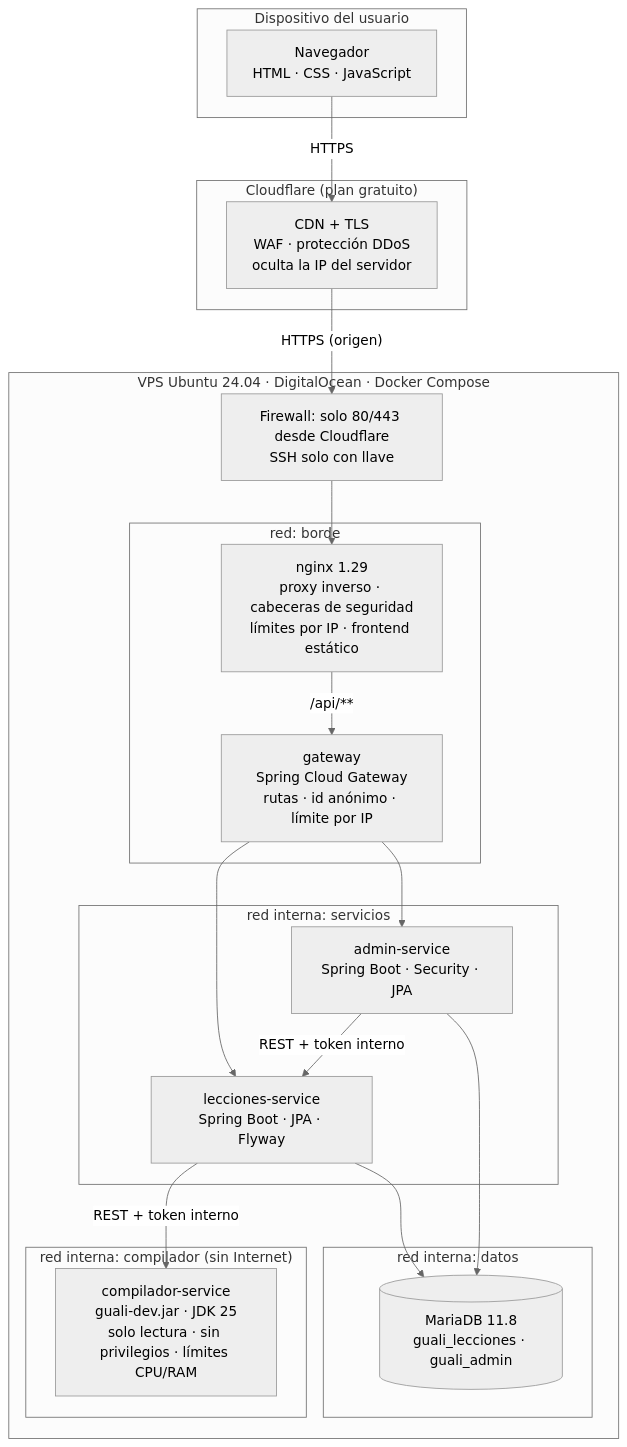
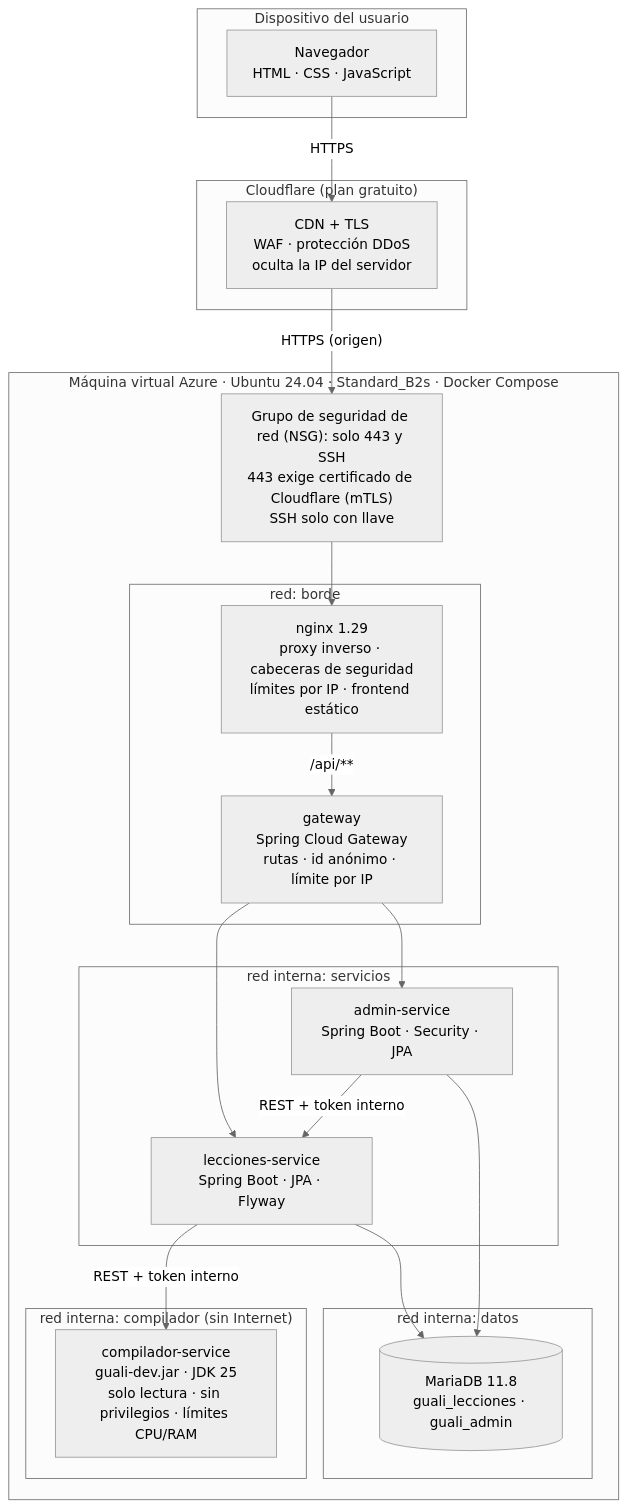
The second of 2 diagrams in docs/diagramas.md (AlexGuamuch/GUALI_DEV_ALEX_GUAMUCH), drawn with Mermaid (neutral theme) before and after one commit. The commit also changed 2 other files, not shown here.

Commit message:
Desplegar en una máquina virtual de Azure
DigitalOcean ya no ofrece crédito para estudiantes; el servidor pasa a una
VM de Azure (Azure for Students): Ubuntu 24.04, Standard_B2s, Docker Compose
detrás de Cloudflare. La guía explica cómo crear la VM en una región
permitida para estudiantes, abrir el 443 en el grupo de seguridad de red,
evitar el apagado automático y poner una alerta de gasto. Se actualizan el
diagrama de despliegue y la decisión justificada.

````diff
--- a/docs/diagramas.md
+++ b/docs/diagramas.md
@@ -73,38 +73,38 @@
 ```mermaid
 flowchart TB
     subgraph Cliente["Dispositivo del usuario"]
         B["Navegador<br/>HTML · CSS · JavaScript"]
     end
 
     subgraph CF["Cloudflare (plan gratuito)"]
         CDN["CDN + TLS<br/>WAF · protección DDoS<br/>oculta la IP del servidor"]
     end
 
-    subgraph VPS["VPS Ubuntu 24.04 · DigitalOcean · Docker Compose"]
-        FW["Firewall: solo 80/443 desde Cloudflare<br/>SSH solo con llave"]
+    subgraph VPS["Máquina virtual Azure · Ubuntu 24.04 · Standard_B2s · Docker Compose"]
+        FW["Grupo de seguridad de red (NSG): solo 443 y SSH<br/>443 exige certificado de Cloudflare (mTLS)<br/>SSH solo con llave"]
         subgraph borde["red: borde"]
             NG["nginx 1.29<br/>proxy inverso · cabeceras de seguridad<br/>límites por IP · frontend estático"]
             GW["gateway<br/>Spring Cloud Gateway<br/>rutas · id anónimo · límite por IP"]
         end
         subgraph servicios["red interna: servicios"]
             LS["lecciones-service<br/>Spring Boot · JPA · Flyway"]
             AS["admin-service<br/>Spring Boot · Security · JPA"]
         end
         subgraph compilador["red interna: compilador (sin Internet)"]
             CS["compilador-service<br/>guali-dev.jar · JDK 25<br/>solo lectura · sin privilegios · límites CPU/RAM"]
         end
         subgraph datos["red interna: datos"]
             DB[("MariaDB 11.8<br/>guali_lecciones · guali_admin")]
         end
     end
 
     B -- "HTTPS" --> CDN
     CDN -- "HTTPS (origen)" --> FW --> NG
     NG -- "/api/**" --> GW
     GW --> LS
     GW --> AS
     LS -- "REST + token interno" --> CS
     AS -- "REST + token interno" --> LS
     LS --> DB
     AS --> DB
 ```
````
